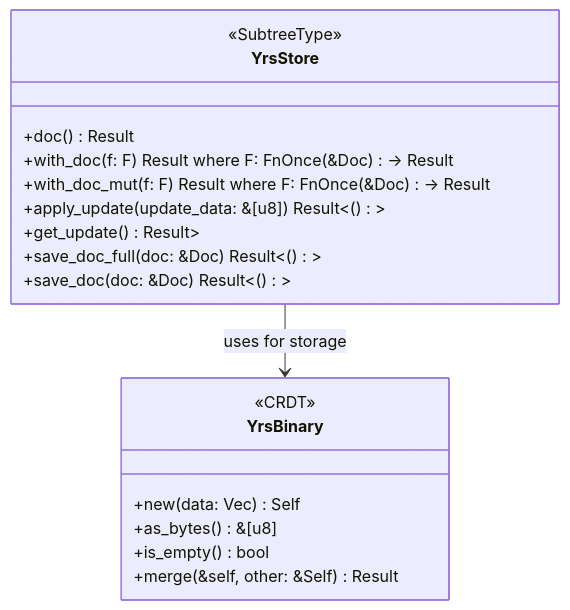
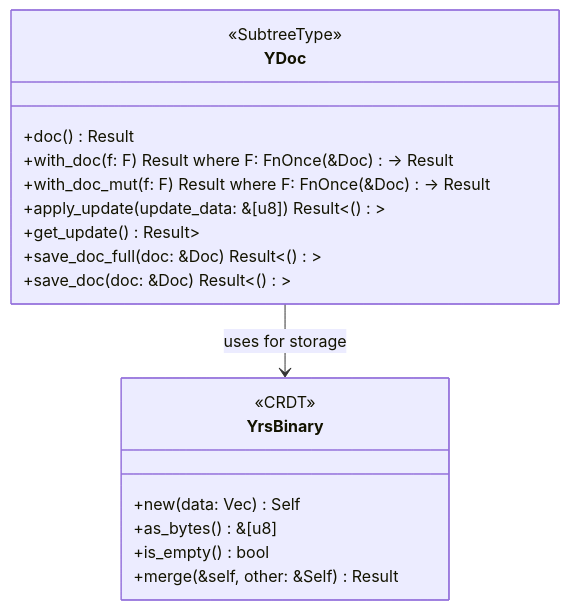
Before and after one commit to arcuru/eidetica: the third of 3 diagrams in docs/src/internal/core_components/subtrees.md, drawn with Mermaid. The commit also changed other lines of this file and 42 other files, not shown here.

Commit message:
refactor: rename subtree types KVStore->Dict, RowStore->Table, YrsStore->YDoc

````diff
--- a/docs/src/internal/core_components/subtrees.md
+++ b/docs/src/internal/core_components/subtrees.md
@@ -161,23 +161,23 @@
 ```mermaid
 classDiagram
-    class YrsStore {
+    class YDoc {
         <<SubtreeType>>
         +doc() Result<Doc>
         +with_doc<F, R>(f: F) Result<R> where F: FnOnce(&Doc) -> Result<R>
         +with_doc_mut<F, R>(f: F) Result<R> where F: FnOnce(&Doc) -> Result<R>
         +apply_update(update_data: &[u8]) Result<()>
         +get_update() Result<Vec<u8>>
         +save_doc_full(doc: &Doc) Result<()>
         +save_doc(doc: &Doc) Result<()>
     }
 
     class YrsBinary {
         <<CRDT>>
         +new(data: Vec<u8>) Self
         +as_bytes() &[u8]
         +is_empty() bool
         +merge(&self, other: &Self) Result<Self>
     }
 
-    YrsStore --> YrsBinary : uses for storage
+    YDoc --> YrsBinary : uses for storage
 ```
````
